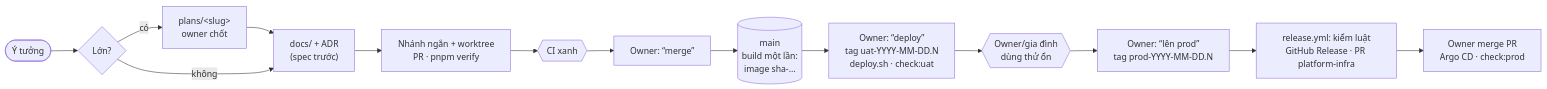
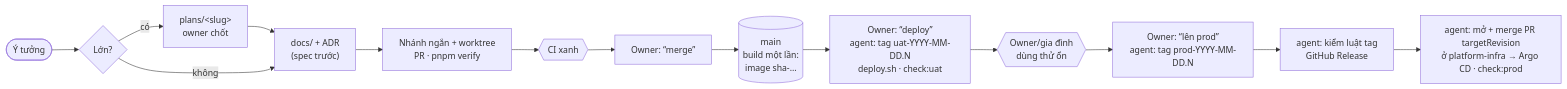
One commit to vinh466/tohe-play changed the diagram in plans/product-surface/items/E-01-dev-test-env-flow.md. Above: the diagram before and after it, drawn with Mermaid. The commit also changed other lines of this file and 10 other files, not shown here.

````diff
--- a/plans/product-surface/items/E-01-dev-test-env-flow.md
+++ b/plans/product-surface/items/E-01-dev-test-env-flow.md
@@ -45,13 +45,13 @@
 ```mermaid
 flowchart LR
   idea([Ý tưởng]) --> big{Lớn?}
   big -- có --> plan["plans/&lt;slug&gt;<br/>owner chốt"] --> spec
   big -- không --> spec["docs/ + ADR<br/>(spec trước)"]
   spec --> pr["Nhánh ngắn + worktree<br/>PR · pnpm verify"] --> ci{{CI xanh}}
   ci --> review["Owner: “merge”"] --> main[("main<br/>build một lần:<br/>image sha-…")]
-  main --> uat["Owner: “deploy”<br/>tag uat-YYYY-MM-DD.N<br/>deploy.sh · check:uat"]
+  main --> uat["Owner: “deploy”<br/>agent: tag uat-YYYY-MM-DD.N<br/>deploy.sh · check:uat"]
   uat --> soak{{Owner/gia đình<br/>dùng thử ổn}}
-  soak --> prod["Owner: “lên prod”<br/>tag prod-YYYY-MM-DD.N"]
-  prod --> rel["release.yml: kiểm luật<br/>GitHub Release · PR platform-infra"]
-  rel --> merge["Owner merge PR<br/>Argo CD · check:prod"]
+  soak --> prod["Owner: “lên prod”<br/>agent: tag prod-YYYY-MM-DD.N"]
+  prod --> rel["agent: kiểm luật tag<br/>GitHub Release"]
+  rel --> merge["agent: mở + merge PR targetRevision<br/>ở platform-infra → Argo CD · check:prod"]
 ```
````
